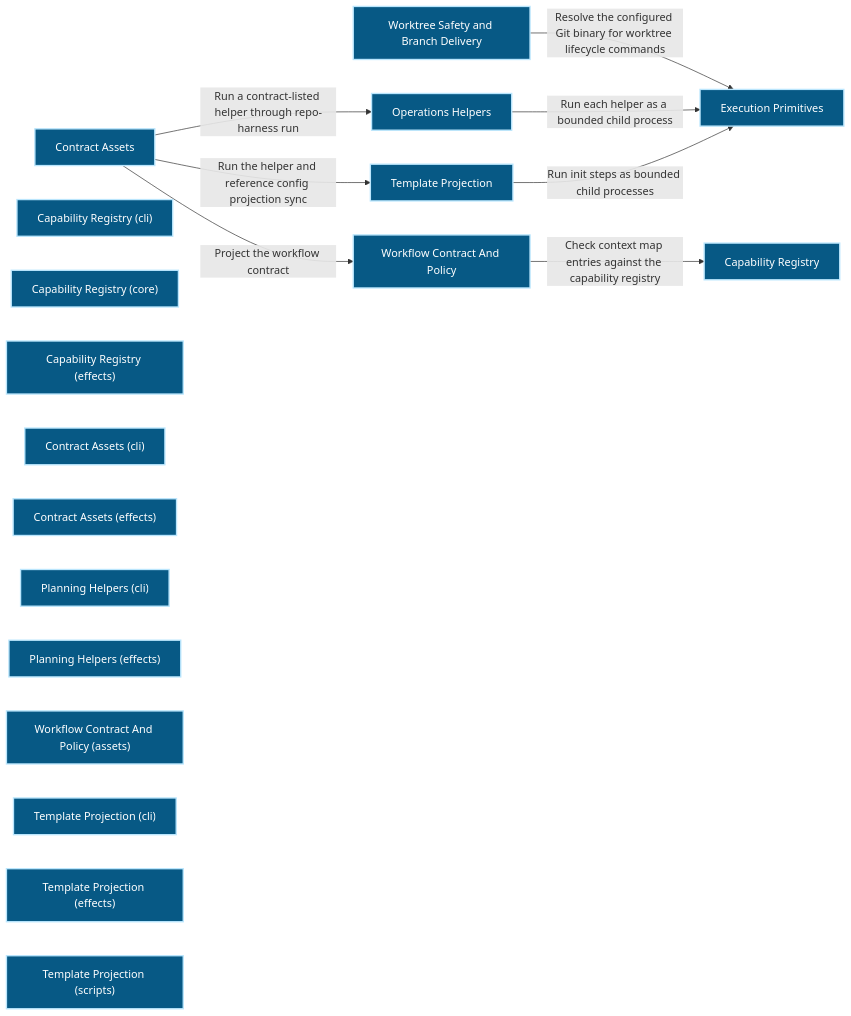
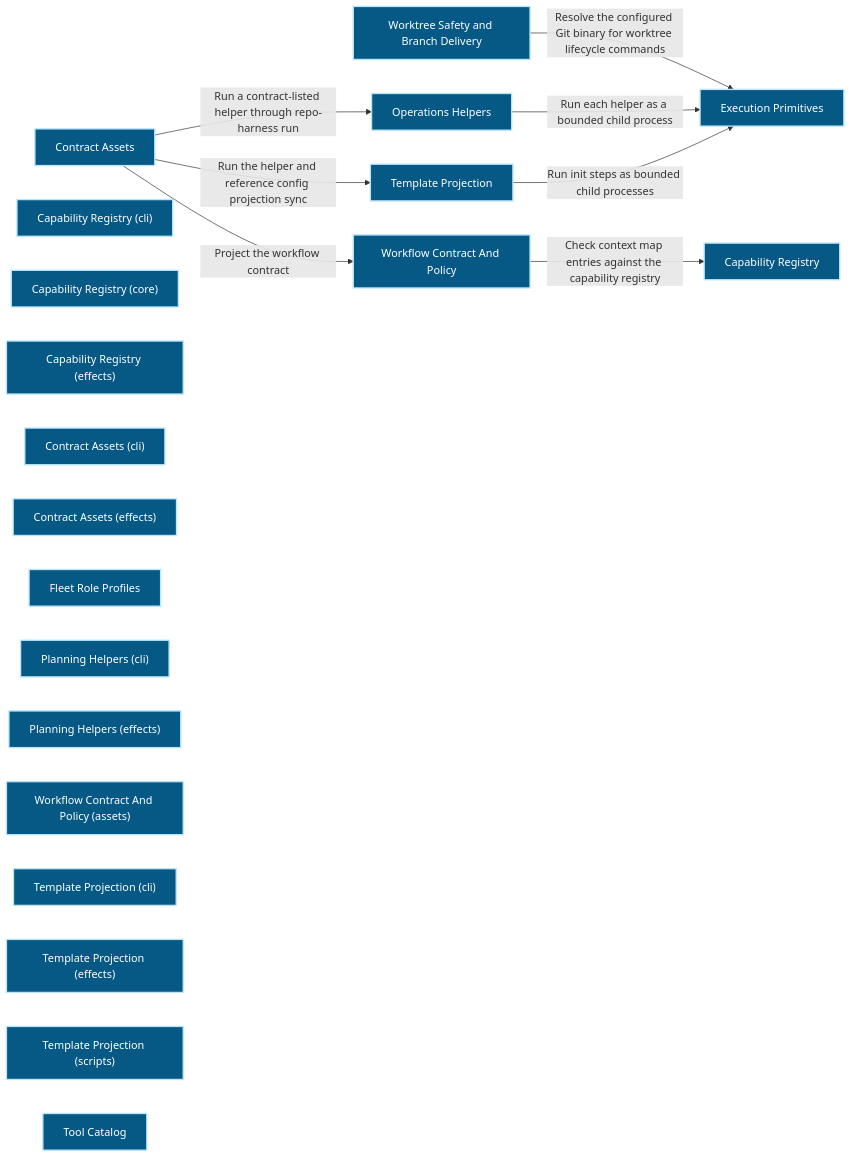
One commit to Ancienttwo/repo-harness changed the first of 3 diagrams in docs/architecture/modules/workflow-engine/contract-assets.md. Above: the diagram before and after it, drawn with Mermaid. The commit also changed other lines of this file and 20 other files, not shown here.

First line of the commit message:
chore(projection): refresh generated architecture outputs for main@a81f342c0eb6

````diff
--- a/docs/architecture/modules/workflow-engine/contract-assets.md
+++ b/docs/architecture/modules/workflow-engine/contract-assets.md
@@ -15,32 +15,34 @@
 ```mermaid
 flowchart LR
   p1_capability_workflow_engine_contract_assets_c7ab122d["Contract Assets"]:::component
   p1_capability_workflow_engine_execution_primitives_b3033934["Execution Primitives"]:::component
   p1_component_contract_assets_capability_registry_87c3dd18["Capability Registry"]:::component
   p1_component_contract_assets_capability_registry_cli_2b3df796["Capability Registry (cli)"]:::component
   p1_component_contract_assets_capability_registry_core_31561a08["Capability Registry (core)"]:::component
   p1_component_contract_assets_capability_registry_effects_691a8423["Capability Registry (effects)"]:::component
   p1_component_contract_assets_cli_layer_90bb6fa4["Contract Assets (cli)"]:::component
   p1_component_contract_assets_contract_worktree_lifecycle_5cb413df["Worktree Safety and Branch Delivery"]:::component
   p1_component_contract_assets_effects_layer_03f9e65c["Contract Assets (effects)"]:::component
+  p1_component_contract_assets_fleet_role_profiles_27f88d3d["Fleet Role Profiles"]:::component
   p1_component_contract_assets_planning_helpers_7600c3e5["Operations Helpers"]:::component
   p1_component_contract_assets_planning_helpers_cli_8bc2bdf7["Planning Helpers (cli)"]:::component
   p1_component_contract_assets_planning_helpers_effects_57f98a5d["Planning Helpers (effects)"]:::component
   p1_component_contract_assets_primary_21097608["Workflow Contract And Policy"]:::component
   p1_component_contract_assets_primary_assets_2781b8e0["Workflow Contract And Policy (assets)"]:::component
   p1_component_contract_assets_template_projection_e6aa176d["Template Projection"]:::component
   p1_component_contract_assets_template_projection_cli_568c10ed["Template Projection (cli)"]:::component
   p1_component_contract_assets_template_projection_effects_b7613afa["Template Projection (effects)"]:::component
   p1_component_contract_assets_template_projection_scripts_e75fee1f["Template Projection (scripts)"]:::component
+  p1_component_contract_assets_tool_catalog_e1042e03["Tool Catalog"]:::component
   p1_component_contract_assets_contract_worktree_lifecycle_5cb413df -->|"Resolve the configured Git binary for worktree lifecycle commands"| p1_capability_workflow_engine_execution_primitives_b3033934
   p1_capability_workflow_engine_contract_assets_c7ab122d -->|"Run a contract-listed helper through repo-harness run"| p1_component_contract_assets_planning_helpers_7600c3e5
   p1_component_contract_assets_planning_helpers_7600c3e5 -->|"Run each helper as a bounded child process"| p1_capability_workflow_engine_execution_primitives_b3033934
   p1_capability_workflow_engine_contract_assets_c7ab122d -->|"Project the workflow contract"| p1_component_contract_assets_primary_21097608
   p1_component_contract_assets_primary_21097608 -->|"Check context map entries against the capability registry"| p1_component_contract_assets_capability_registry_87c3dd18
   p1_capability_workflow_engine_contract_assets_c7ab122d -->|"Run the helper and reference config projection sync"| p1_component_contract_assets_template_projection_e6aa176d
   p1_component_contract_assets_template_projection_e6aa176d -->|"Run init steps as bounded child processes"| p1_capability_workflow_engine_execution_primitives_b3033934
   classDef actor fill:#111827,color:#ffffff,stroke:#f9fafb,stroke-width:2px
   classDef component fill:#075985,color:#ffffff,stroke:#bae6fd,stroke-width:2px
   classDef datastore fill:#3f6212,color:#ffffff,stroke:#d9f99d,stroke-width:2px
   classDef external fill:#7c2d12,color:#ffffff,stroke:#fed7aa,stroke-width:2px
 ```
````
